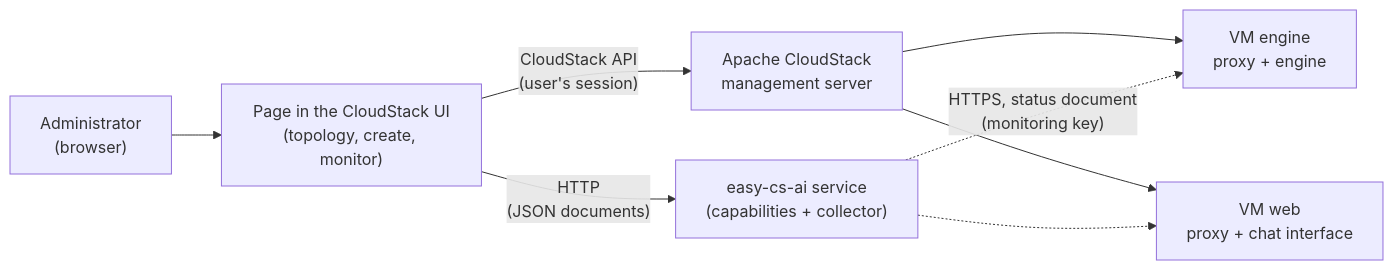
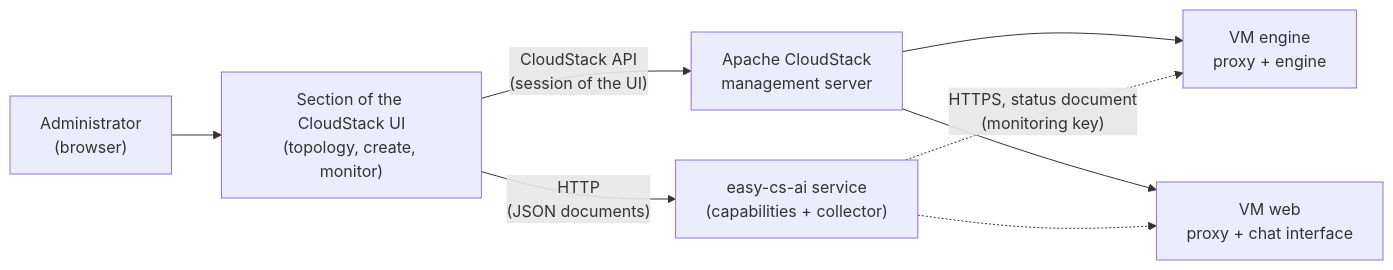
One commit to Dimsi-BS/easy-cs-ai changed the diagram in docs/spec-cloudstack.md. Above: the diagram before and after it, drawn with Mermaid. The commit also changed other lines of this file and 8 other files, not shown here.

First line of the commit message:
Research the CloudStack integration and make the page a native UI section (#9)

````diff
--- a/docs/spec-cloudstack.md
+++ b/docs/spec-cloudstack.md
@@ -41,10 +42,10 @@
 ```mermaid
 graph LR
-    User["Administrator\n(browser)"] --> Page["Page in the CloudStack UI\n(topology, create, monitor)"]
-    Page -->|"CloudStack API\n(user's session)"| CS["Apache CloudStack\nmanagement server"]
+    User["Administrator\n(browser)"] --> Page["Section of the CloudStack UI\n(topology, create, monitor)"]
+    Page -->|"CloudStack API\n(session of the UI)"| CS["Apache CloudStack\nmanagement server"]
     Page -->|"HTTP\n(JSON documents)"| Svc["easy-cs-ai service\n(capabilities + collector)"]
     CS --> VM1["VM engine\nproxy + engine"]
     CS --> VM2["VM web\nproxy + chat interface"]
     Svc -.->|"HTTPS, status document\n(monitoring key)"| VM1
     Svc -.-> VM2
 ```
````
